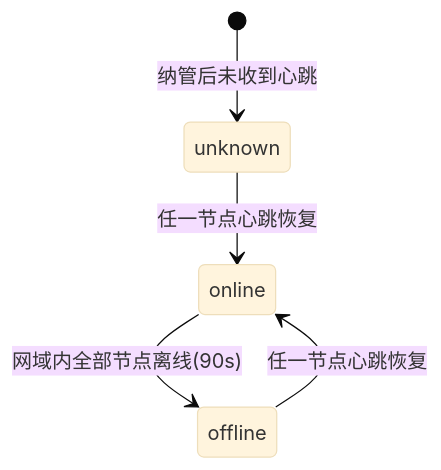
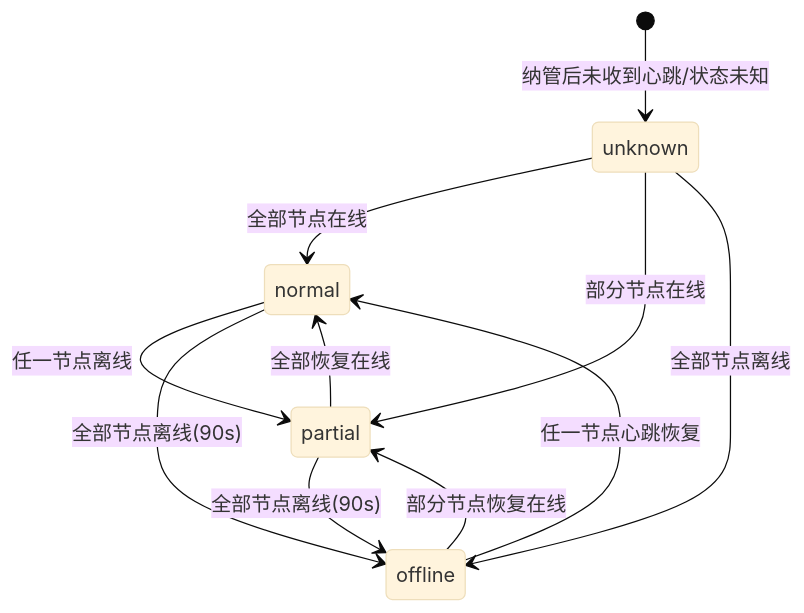
The fourth of 6 diagrams in docs/02-product-requirements/Modules/Module_11_Edge_Access_and_Agent_Delivery.md (vickiechen1128/CNCF_Monitor), drawn with Mermaid (base theme) before and after one commit. The commit also changed other lines of this file and 2 other files, not shown here.

````diff
--- a/docs/02-product-requirements/Modules/Module_11_Edge_Access_and_Agent_Delivery.md
+++ b/docs/02-product-requirements/Modules/Module_11_Edge_Access_and_Agent_Delivery.md
@@ -487,7 +509,13 @@
 ```mermaid
 stateDiagram-v2
-  [*] --> unknown: 纳管后未收到心跳
-  unknown --> online: 任一节点心跳恢复
-  online --> offline: 网域内全部节点离线(90s)
-  offline --> online: 任一节点心跳恢复
+  [*] --> unknown: 纳管后未收到心跳/状态未知
+  unknown --> normal: 全部节点在线
+  unknown --> partial: 部分节点在线
+  unknown --> offline: 全部节点离线
+  normal --> partial: 任一节点离线
+  partial --> normal: 全部恢复在线
+  partial --> offline: 全部节点离线(90s)
+  normal --> offline: 全部节点离线(90s)
+  offline --> normal: 任一节点心跳恢复
+  offline --> partial: 部分节点恢复在线
 ```
````
